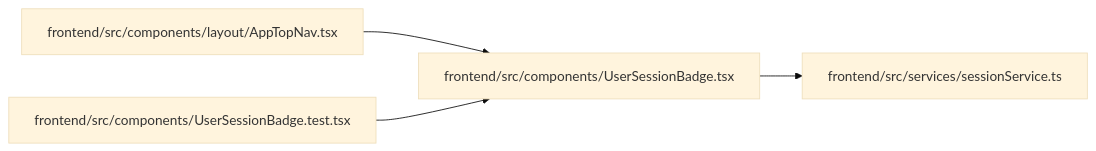
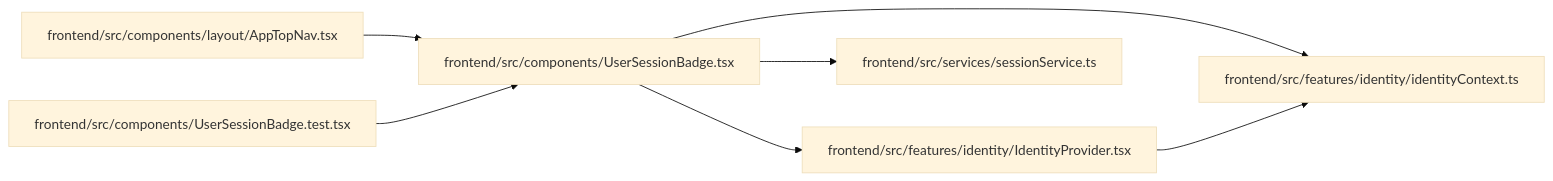
One commit to Denissvgn/WorkChord changed the diagram in docs/llm_wiki/modules/UserSessionBadge.md. Above: the diagram before and after it, drawn with Mermaid (base theme). The commit also changed other lines of this file and 958 other files, not shown here.

First line of the commit message:
docs(wiki): refresh identity and recovery architecture

````diff
--- a/docs/llm_wiki/modules/UserSessionBadge.md
+++ b/docs/llm_wiki/modules/UserSessionBadge.md
@@ -27,14 +29,21 @@
 ```mermaid
 flowchart LR
     n0["frontend/src/components/layout/AppTopNav.tsx"]
     n1["frontend/src/components/UserSessionBadge.test.tsx"]
     n2["frontend/src/components/UserSessionBadge.tsx"]
-    n3["frontend/src/services/sessionService.ts"]
+    n3["frontend/src/features/identity/identityContext.ts"]
+    n4["frontend/src/features/identity/IdentityProvider.tsx"]
+    n5["frontend/src/services/sessionService.ts"]
     n0 --> n2
     n1 --> n2
     n2 --> n3
+    n2 --> n4
+    n2 --> n5
+    n4 --> n3
     click n0 "../modules/AppTopNav.md"
     click n1 "../modules/UserSessionBadge.test.md"
     click n2 "../modules/UserSessionBadge.md"
-    click n3 "../modules/sessionService.md"
+    click n3 "../modules/identityContext.md"
+    click n4 "../modules/IdentityProvider.md"
+    click n5 "../modules/sessionService.md"
 ```
````
